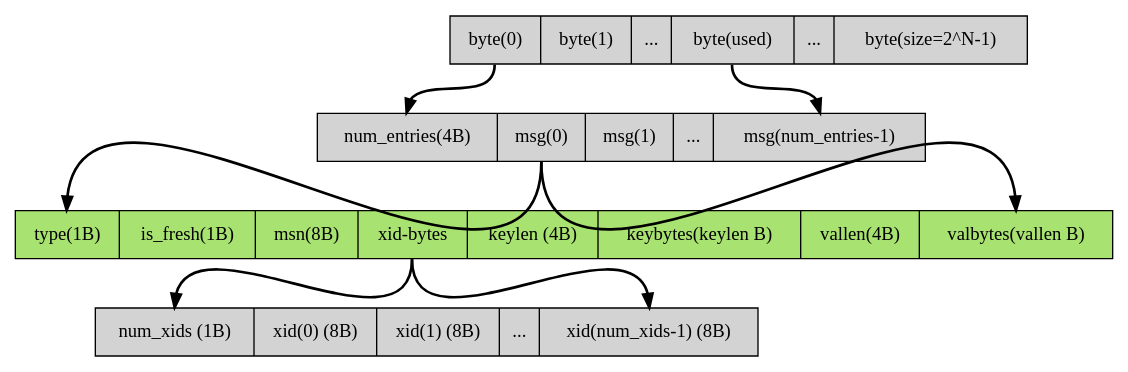
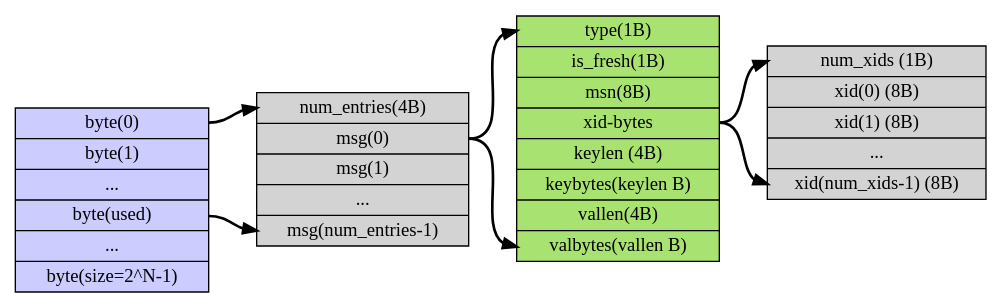
The diagram in images/graphviz/msg_buffer.dot (SteNicholas/openinx.github.io), drawn with Graphviz before and after one commit. The commit also changed 10 other files, not shown here.

```diff
--- a/images/graphviz/msg_buffer.dot
+++ b/images/graphviz/msg_buffer.dot
@@ -1,28 +1,28 @@
 digraph msgbuffer{
-	rankdir = TB ; 
+	rankdir = LR ; 
 	node [shape = record, style =filled];   
 	edge [style = bold]; 
 
 
-	memory [label = "<head> byte(0)|byte(1)|...|<tail> byte(used)|...|byte(size=2^N-1)" ]; 
+	memory [label = "<head> byte(0)|byte(1)|...|<tail> byte(used)|...|byte(size=2^N-1)", fillcolor="#CCCCFF"]; 
 
 
 	wbuf [label = "<head> num_entries(4B) | <msg0> msg(0) | msg(1) | ... |<tail> msg(num_entries-1) "]
 
 
 	msg0 [label = "<head> type(1B) | is_fresh(1B) | msn(8B) |  <xidbytes> xid-bytes | keylen (4B)| keybytes(keylen B) | vallen(4B) | <tail> valbytes(vallen B) ", fillcolor = "#A8E270"]
 
 
 	xid_bytes  [ label = "<head> num_xids (1B) | xid(0) (8B) | xid(1)  (8B) | ... | <tail> xid(num_xids-1) (8B)"]
 
 
 	memory:head -> wbuf:head; 
 	memory:tail -> wbuf:tail; 
 
 	wbuf:msg0 -> msg0:head; 
 	wbuf:msg0 -> msg0:tail;
 
 	msg0:xidbytes -> xid_bytes:head;
 	msg0:xidbytes -> xid_bytes:tail; 
 
 }	
```
